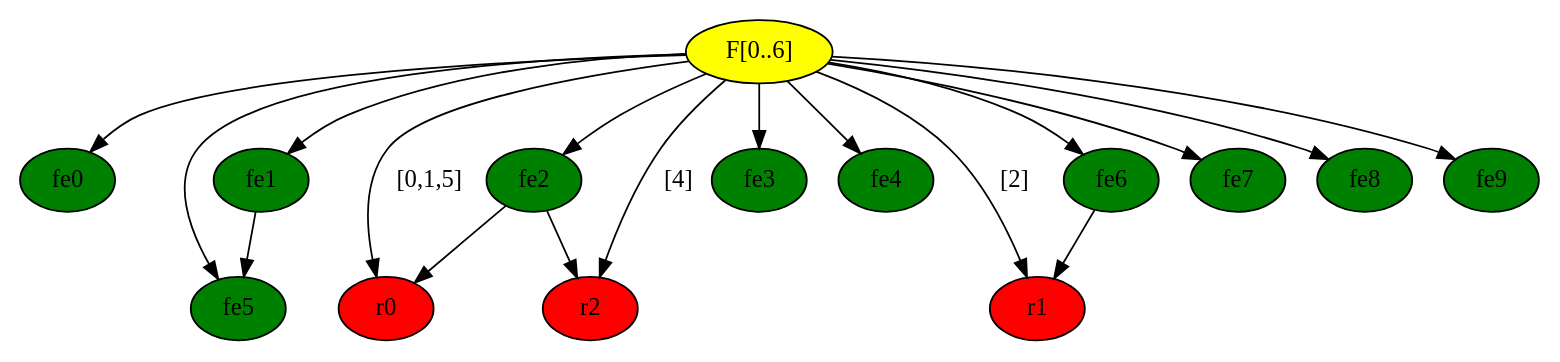
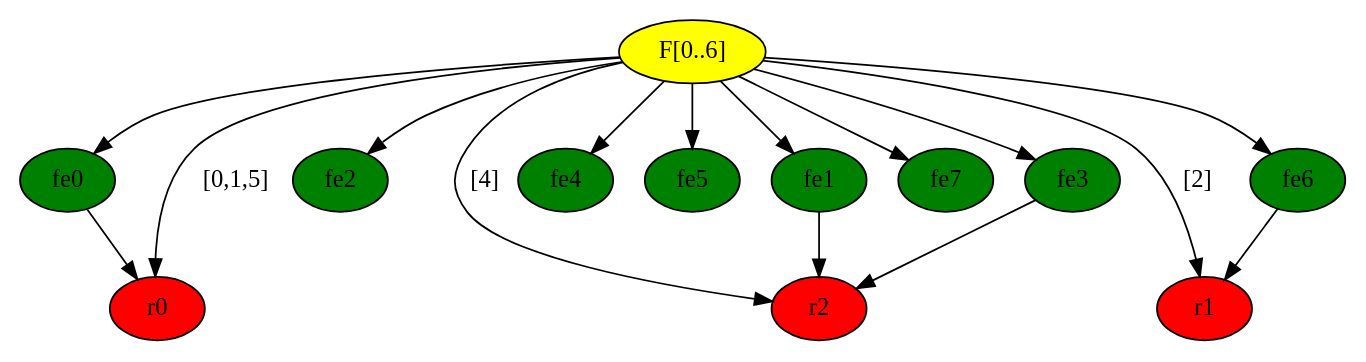
Before and after one commit to foTok/hybrid_approach: the diagram in graph_model/pg_model/Greedy_Bayes.gv, drawn with Graphviz. The commit also changed 3 other files, not shown here.

```diff
--- a/graph_model/pg_model/Greedy_Bayes.gv
+++ b/graph_model/pg_model/Greedy_Bayes.gv
@@ -1,33 +1,29 @@
 digraph {
 	"F[0..6]" [label="F[0..6]" fillcolor=yellow style=filled]
 	fe0 [label=fe0 fillcolor=green style=filled]
 	fe1 [label=fe1 fillcolor=green style=filled]
 	fe2 [label=fe2 fillcolor=green style=filled]
 	fe3 [label=fe3 fillcolor=green style=filled]
 	fe4 [label=fe4 fillcolor=green style=filled]
 	fe5 [label=fe5 fillcolor=green style=filled]
 	fe6 [label=fe6 fillcolor=green style=filled]
 	fe7 [label=fe7 fillcolor=green style=filled]
-	fe8 [label=fe8 fillcolor=green style=filled]
-	fe9 [label=fe9 fillcolor=green style=filled]
 	r0 [label=r0 fillcolor=red style=filled]
 	r1 [label=r1 fillcolor=red style=filled]
 	r2 [label=r2 fillcolor=red style=filled]
 	"F[0..6]" -> fe0
 	"F[0..6]" -> fe1
 	"F[0..6]" -> fe2
 	"F[0..6]" -> fe3
 	"F[0..6]" -> fe4
 	"F[0..6]" -> fe5
 	"F[0..6]" -> fe6
 	"F[0..6]" -> fe7
-	"F[0..6]" -> fe8
-	"F[0..6]" -> fe9
 	"F[0..6]" -> r0 [label="[0,1,5]"]
 	"F[0..6]" -> r1 [label="[2]"]
 	"F[0..6]" -> r2 [label="[4]"]
-	fe1 -> fe5
-	fe2 -> r0
-	fe2 -> r2
+	fe0 -> r0
+	fe1 -> r2
+	fe3 -> r2
 	fe6 -> r1
 }
```
